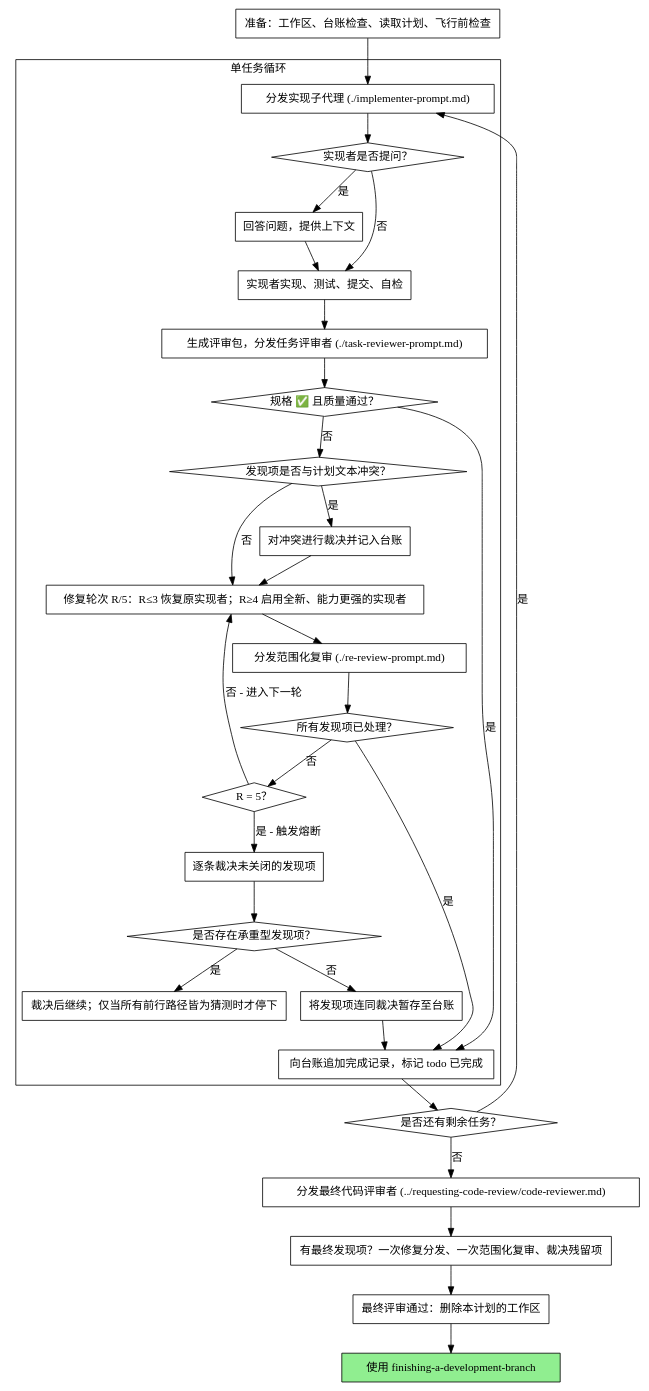
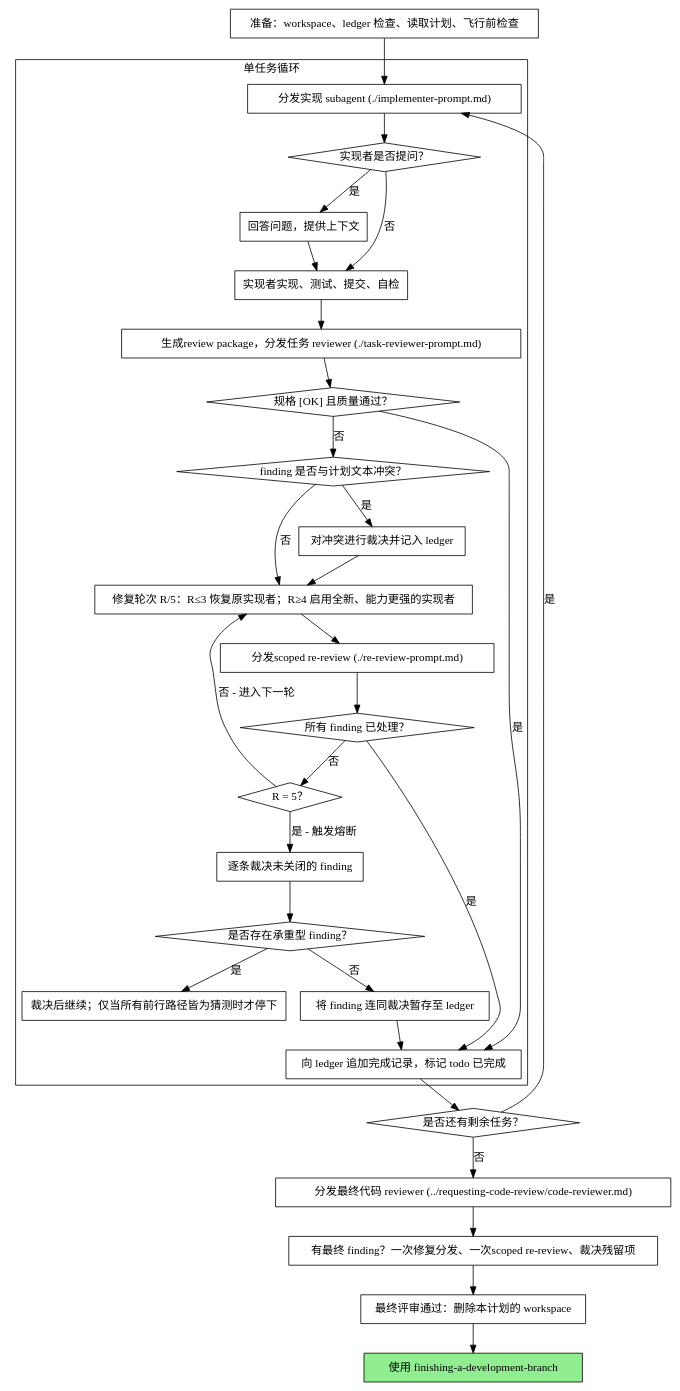
One commit to Wenaixi/dsh-superpower changed the second of 2 diagrams in skills/subagent-driven-development/SKILL.md. Above: the diagram before and after it, drawn with Graphviz. The commit also changed other lines of this file and 57 other files, not shown here.

````diff
--- a/skills/subagent-driven-development/SKILL.md
+++ b/skills/subagent-driven-development/SKILL.md
@@ -50,62 +50,62 @@
 ```dot
 digraph process {
     rankdir=TB;
 
     subgraph cluster_per_task {
         label="单任务循环";
-        "分发实现子代理 (./implementer-prompt.md)" [shape=box];
+        "分发实现 subagent (./implementer-prompt.md)" [shape=box];
         "实现者是否提问？" [shape=diamond];
         "回答问题，提供上下文" [shape=box];
         "实现者实现、测试、提交、自检" [shape=box];
-        "生成评审包，分发任务评审者 (./task-reviewer-prompt.md)" [shape=box];
-        "规格 ✅ 且质量通过？" [shape=diamond];
-        "发现项是否与计划文本冲突？" [shape=diamond];
-        "对冲突进行裁决并记入台账" [shape=box];
+        "生成review package，分发任务 reviewer (./task-reviewer-prompt.md)" [shape=box];
+        "规格 [OK] 且质量通过？" [shape=diamond];
+        "finding 是否与计划文本冲突？" [shape=diamond];
+        "对冲突进行裁决并记入 ledger" [shape=box];
         "修复轮次 R/5：R≤3 恢复原实现者；R≥4 启用全新、能力更强的实现者" [shape=box];
-        "分发范围化复审 (./re-review-prompt.md)" [shape=box];
-        "所有发现项已处理？" [shape=diamond];
+        "分发scoped re-review (./re-review-prompt.md)" [shape=box];
+        "所有 finding 已处理？" [shape=diamond];
         "R = 5？" [shape=diamond];
-        "逐条裁决未关闭的发现项" [shape=box];
-        "是否存在承重型发现项？" [shape=diamond];
+        "逐条裁决未关闭的 finding" [shape=box];
+        "是否存在承重型 finding？" [shape=diamond];
         "裁决后继续；仅当所有前行路径皆为猜测时才停下" [shape=box];
-        "将发现项连同裁决暂存至台账" [shape=box];
-        "向台账追加完成记录，标记 todo 已完成" [shape=box];
+        "将 finding 连同裁决暂存至 ledger" [shape=box];
+        "向 ledger 追加完成记录，标记 todo 已完成" [shape=box];
     }
 
-    "准备：工作区、台账检查、读取计划、飞行前检查" [shape=box];
+    "准备：workspace、ledger 检查、读取计划、飞行前检查" [shape=box];
     "是否还有剩余任务？" [shape=diamond];
-    "分发最终代码评审者 (../requesting-code-review/code-reviewer.md)" [shape=box];
-    "有最终发现项？一次修复分发、一次范围化复审、裁决残留项" [shape=box];
-    "最终评审通过：删除本计划的工作区" [shape=box];
+    "分发最终代码 reviewer (../requesting-code-review/code-reviewer.md)" [shape=box];
+    "有最终 finding？一次修复分发、一次scoped re-review、裁决残留项" [shape=box];
+    "最终评审通过：删除本计划的 workspace" [shape=box];
     "使用 finishing-a-development-branch" [shape=box style=filled fillcolor=lightgreen];
 
-    "准备：工作区、台账检查、读取计划、飞行前检查" -> "分发实现子代理 (./implementer-prompt.md)";
-    "分发实现子代理 (./implementer-prompt.md)" -> "实现者是否提问？";
+    "准备：workspace、ledger 检查、读取计划、飞行前检查" -> "分发实现 subagent (./implementer-prompt.md)";
+    "分发实现 subagent (./implementer-prompt.md)" -> "实现者是否提问？";
     "实现者是否提问？" -> "回答问题，提供上下文" [label="是"];
     "回答问题，提供上下文" -> "实现者实现、测试、提交、自检";
     "实现者是否提问？" -> "实现者实现、测试、提交、自检" [label="否"];
-    "实现者实现、测试、提交、自检" -> "生成评审包，分发任务评审者 (./task-reviewer-prompt.md)";
-    "生成评审包，分发任务评审者 (./task-reviewer-prompt.md)" -> "规格 ✅ 且质量通过？";
-    "规格 ✅ 且质量通过？" -> "向台账追加完成记录，标记 todo 已完成" [label="是"];
-    "规格 ✅ 且质量通过？" -> "发现项是否与计划文本冲突？" [label="否"];
-    "发现项是否与计划文本冲突？" -> "对冲突进行裁决并记入台账" [label="是"];
-    "对冲突进行裁决并记入台账" -> "修复轮次 R/5：R≤3 恢复原实现者；R≥4 启用全新、能力更强的实现者";
-    "发现项是否与计划文本冲突？" -> "修复轮次 R/5：R≤3 恢复原实现者；R≥4 启用全新、能力更强的实现者" [label="否"];
-    "修复轮次 R/5：R≤3 恢复原实现者；R≥4 启用全新、能力更强的实现者" -> "分发范围化复审 (./re-review-prompt.md)";
-    "分发范围化复审 (./re-review-prompt.md)" -> "所有发现项已处理？";
-    "所有发现项已处理？" -> "向台账追加完成记录，标记 todo 已完成" [label="是"];
-    "所有发现项已处理？" -> "R = 5？" [label="否"];
+    "实现者实现、测试、提交、自检" -> "生成review package，分发任务 reviewer (./task-reviewer-prompt.md)";
+    "生成review package，分发任务 reviewer (./task-reviewer-prompt.md)" -> "规格 [OK] 且质量通过？";
+    "规格 [OK] 且质量通过？" -> "向 ledger 追加完成记录，标记 todo 已完成" [label="是"];
+    "规格 [OK] 且质量通过？" -> "finding 是否与计划文本冲突？" [label="否"];
+    "finding 是否与计划文本冲突？" -> "对冲突进行裁决并记入 ledger" [label="是"];
+    "对冲突进行裁决并记入 ledger" -> "修复轮次 R/5：R≤3 恢复原实现者；R≥4 启用全新、能力更强的实现者";
+    "finding 是否与计划文本冲突？" -> "修复轮次 R/5：R≤3 恢复原实现者；R≥4 启用全新、能力更强的实现者" [label="否"];
+    "修复轮次 R/5：R≤3 恢复原实现者；R≥4 启用全新、能力更强的实现者" -> "分发scoped re-review (./re-review-prompt.md)";
+    "分发scoped re-review (./re-review-prompt.md)" -> "所有 finding 已处理？";
+    "所有 finding 已处理？" -> "向 ledger 追加完成记录，标记 todo 已完成" [label="是"];
+    "所有 finding 已处理？" -> "R = 5？" [label="否"];
     "R = 5？" -> "修复轮次 R/5：R≤3 恢复原实现者；R≥4 启用全新、能力更强的实现者" [label="否 - 进入下一轮"];
-    "R = 5？" -> "逐条裁决未关闭的发现项" [label="是 - 触发熔断"];
-    "逐条裁决未关闭的发现项" -> "是否存在承重型发现项？";
-    "是否存在承重型发现项？" -> "裁决后继续；仅当所有前行路径皆为猜测时才停下" [label="是"];
-    "是否存在承重型发现项？" -> "将发现项连同裁决暂存至台账" [label="否"];
-    "将发现项连同裁决暂存至台账" -> "向台账追加完成记录，标记 todo 已完成";
-    "向台账追加完成记录，标记 todo 已完成" -> "是否还有剩余任务？";
-    "是否还有剩余任务？" -> "分发实现子代理 (./implementer-prompt.md)" [label="是"];
-    "是否还有剩余任务？" -> "分发最终代码评审者 (../requesting-code-review/code-reviewer.md)" [label="否"];
-    "分发最终代码评审者 (../requesting-code-review/code-reviewer.md)" -> "有最终发现项？一次修复分发、一次范围化复审、裁决残留项";
-    "有最终发现项？一次修复分发、一次范围化复审、裁决残留项" -> "最终评审通过：删除本计划的工作区";
-    "最终评审通过：删除本计划的工作区" -> "使用 finishing-a-development-branch";
+    "R = 5？" -> "逐条裁决未关闭的 finding" [label="是 - 触发熔断"];
+    "逐条裁决未关闭的 finding" -> "是否存在承重型 finding？";
+    "是否存在承重型 finding？" -> "裁决后继续；仅当所有前行路径皆为猜测时才停下" [label="是"];
+    "是否存在承重型 finding？" -> "将 finding 连同裁决暂存至 ledger" [label="否"];
+    "将 finding 连同裁决暂存至 ledger" -> "向 ledger 追加完成记录，标记 todo 已完成";
+    "向 ledger 追加完成记录，标记 todo 已完成" -> "是否还有剩余任务？";
+    "是否还有剩余任务？" -> "分发实现 subagent (./implementer-prompt.md)" [label="是"];
+    "是否还有剩余任务？" -> "分发最终代码 reviewer (../requesting-code-review/code-reviewer.md)" [label="否"];
+    "分发最终代码 reviewer (../requesting-code-review/code-reviewer.md)" -> "有最终 finding？一次修复分发、一次scoped re-review、裁决残留项";
+    "有最终 finding？一次修复分发、一次scoped re-review、裁决残留项" -> "最终评审通过：删除本计划的 workspace";
+    "最终评审通过：删除本计划的 workspace" -> "使用 finishing-a-development-branch";
 }
 ```
````
